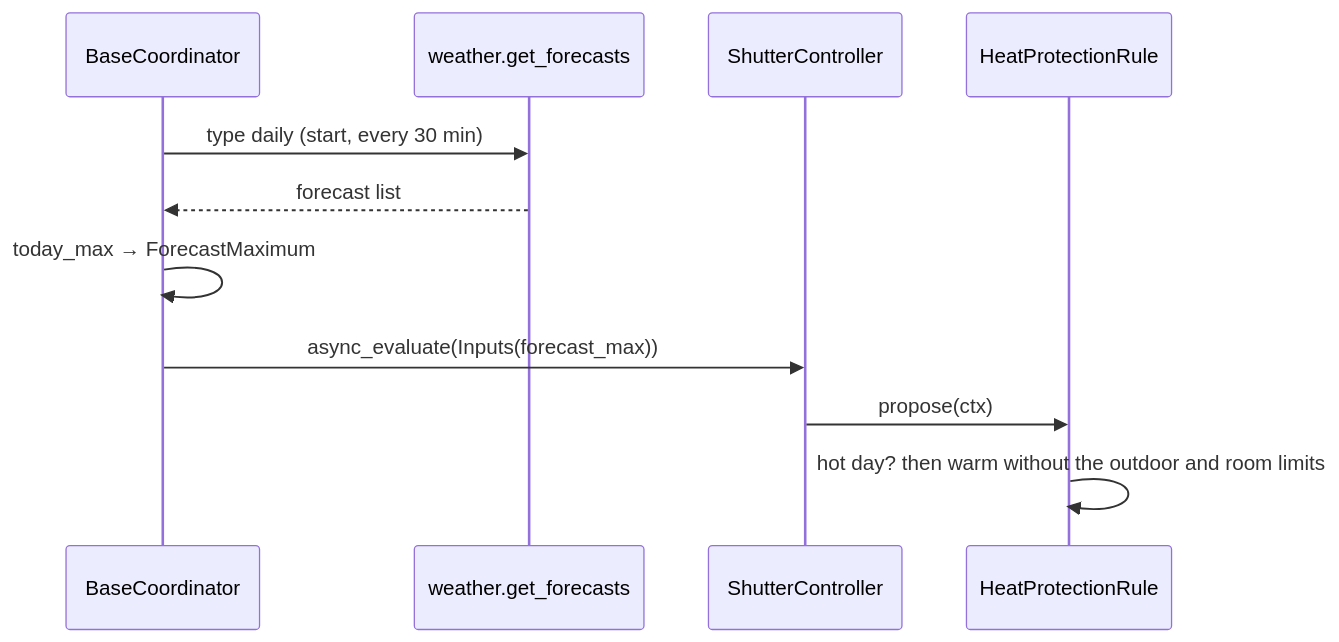
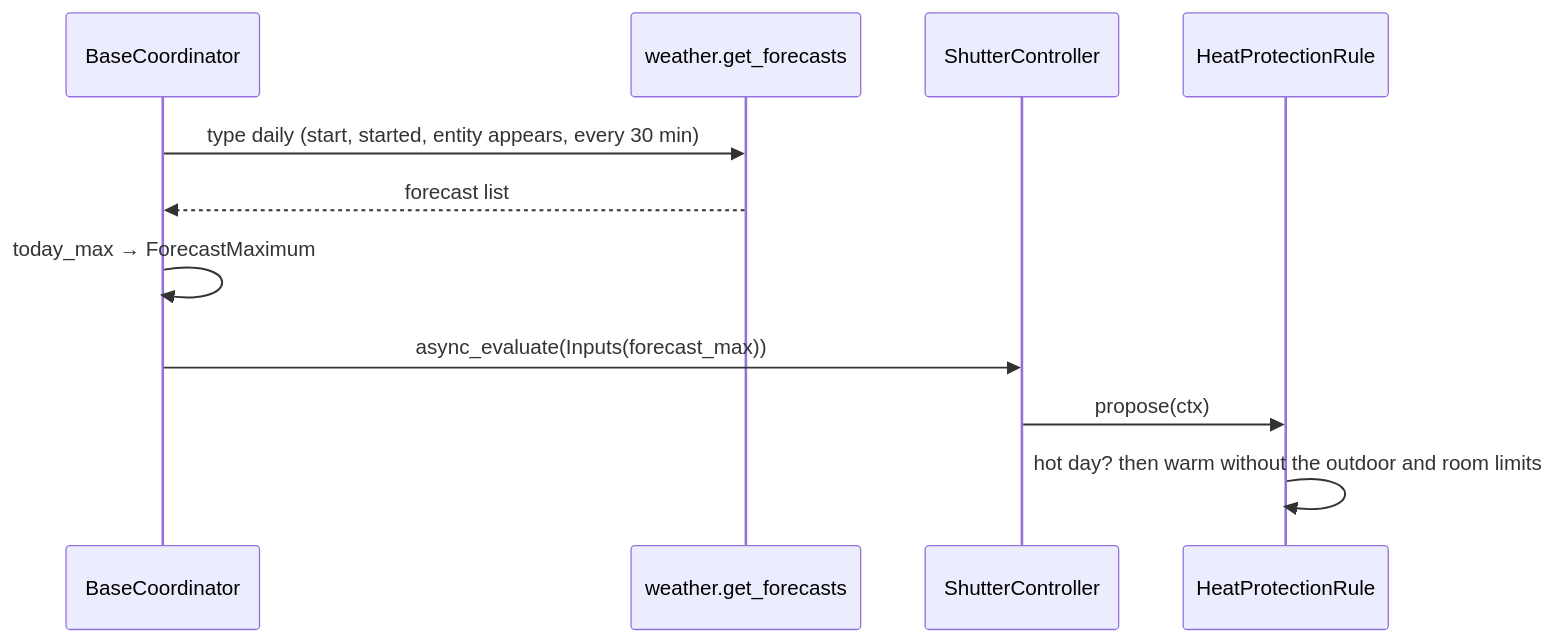
One commit to abroeders/smart-shutter-control changed diagram 37 of 38 in docs/architecture.md. Above: the diagram before and after it, drawn with Mermaid. The commit also changed other lines of this file and 7 other files, not shown here.

````diff
--- a/docs/architecture.md
+++ b/docs/architecture.md
@@ -1237,13 +1237,13 @@
 ```mermaid
 sequenceDiagram
     participant C as BaseCoordinator
     participant W as weather.get_forecasts
     participant SC as ShutterController
     participant H as HeatProtectionRule
-    C->>W: type daily (start, every 30 min)
+    C->>W: type daily (start, started, entity appears, every 30 min)
     W-->>C: forecast list
     C->>C: today_max → ForecastMaximum
     C->>SC: async_evaluate(Inputs(forecast_max))
     SC->>H: propose(ctx)
     H->>H: hot day? then warm without the outdoor and room limits
 ```
````
